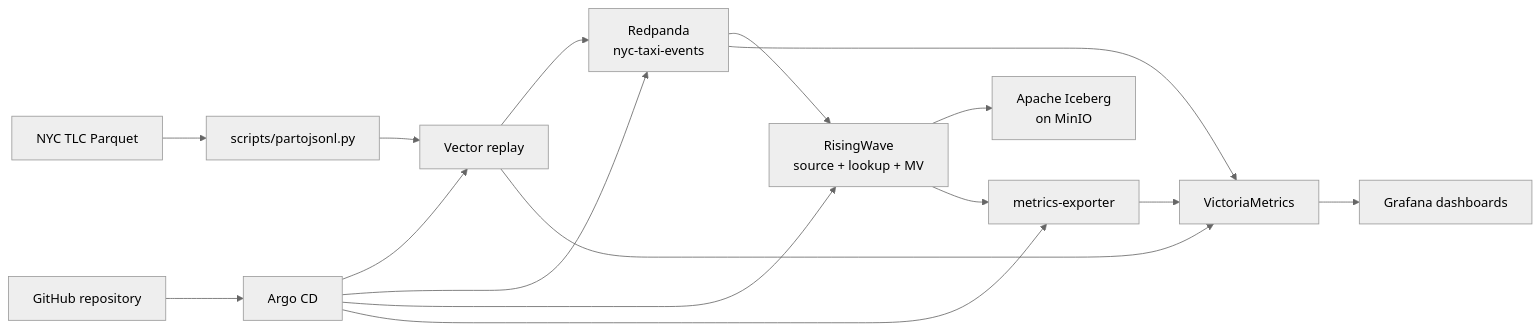
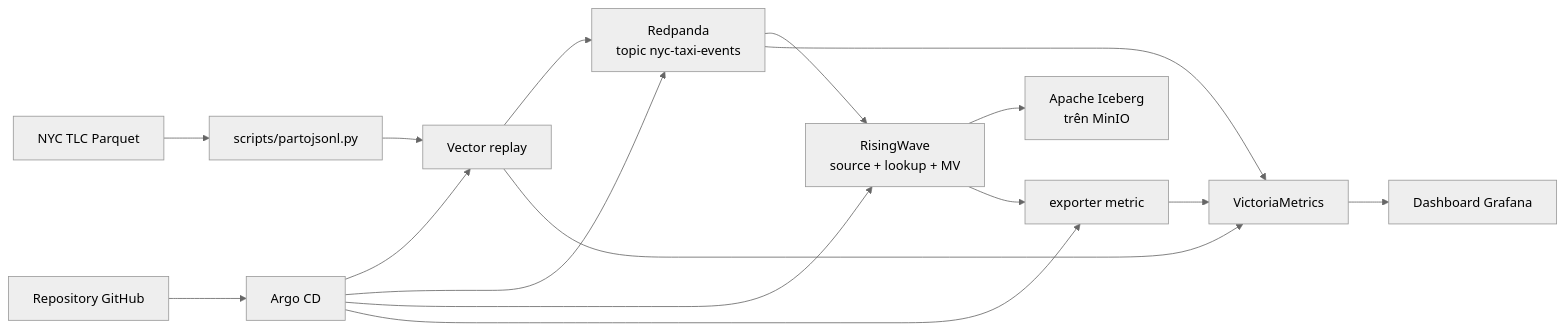
Before and after one commit to helios-ryuu/continux: the diagram in docs/diagrams/architecture.mmd, drawn with Mermaid (neutral theme). The commit also changed 47 other files, not shown here.

```diff
--- a/docs/diagrams/architecture.mmd
+++ b/docs/diagrams/architecture.mmd
@@ -1,16 +1,16 @@
 flowchart LR
     dataset["NYC TLC Parquet"] --> converter["scripts/partojsonl.py"]
     converter --> vector["Vector replay"]
-    vector --> redpanda["Redpanda<br/>nyc-taxi-events"]
+    vector --> redpanda["Redpanda<br/>topic nyc-taxi-events"]
     redpanda --> risingwave["RisingWave<br/>source + lookup + MV"]
-    risingwave --> iceberg["Apache Iceberg<br/>on MinIO"]
-    metrics["metrics-exporter"] --> victoria["VictoriaMetrics"]
+    risingwave --> iceberg["Apache Iceberg<br/>trên MinIO"]
+    metrics["exporter metric"] --> victoria["VictoriaMetrics"]
     risingwave --> metrics
     vector --> victoria
     redpanda --> victoria
-    victoria --> grafana["Grafana dashboards"]
-    github["GitHub repository"] --> argocd["Argo CD"]
+    victoria --> grafana["Dashboard Grafana"]
+    github["Repository GitHub"] --> argocd["Argo CD"]
     argocd --> vector
     argocd --> redpanda
     argocd --> risingwave
     argocd --> metrics
```
